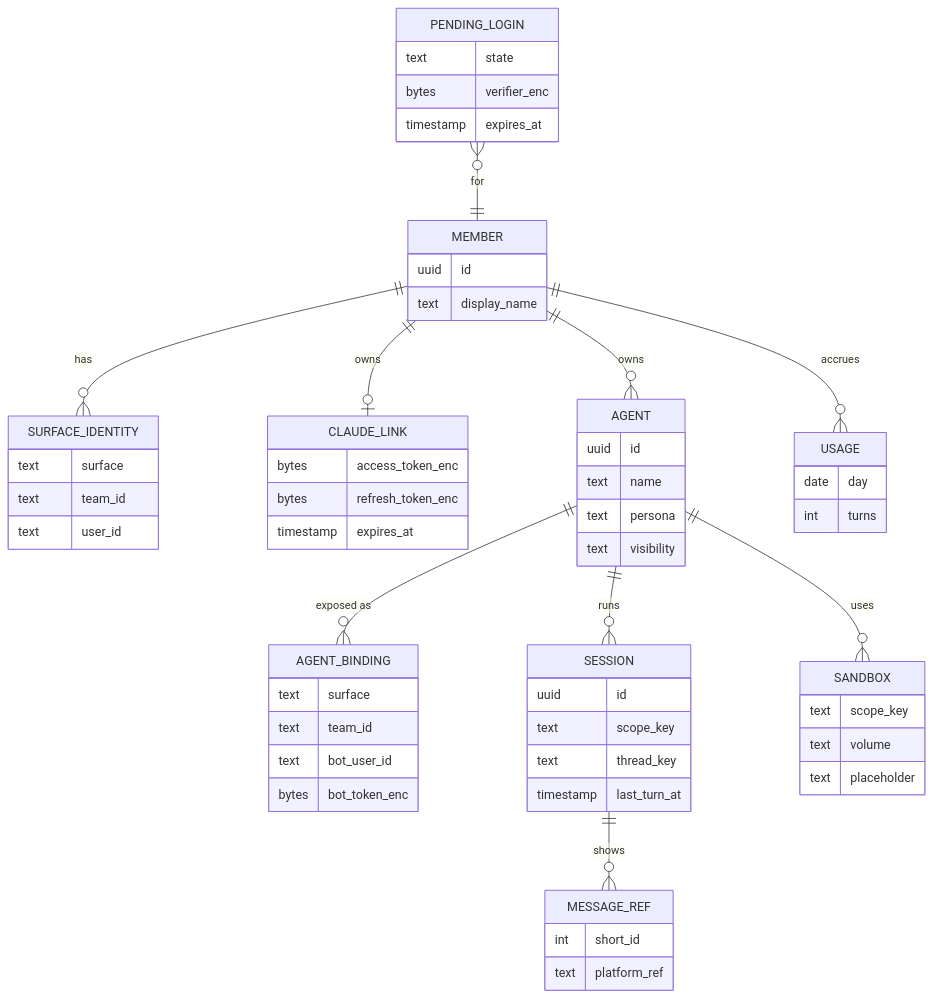
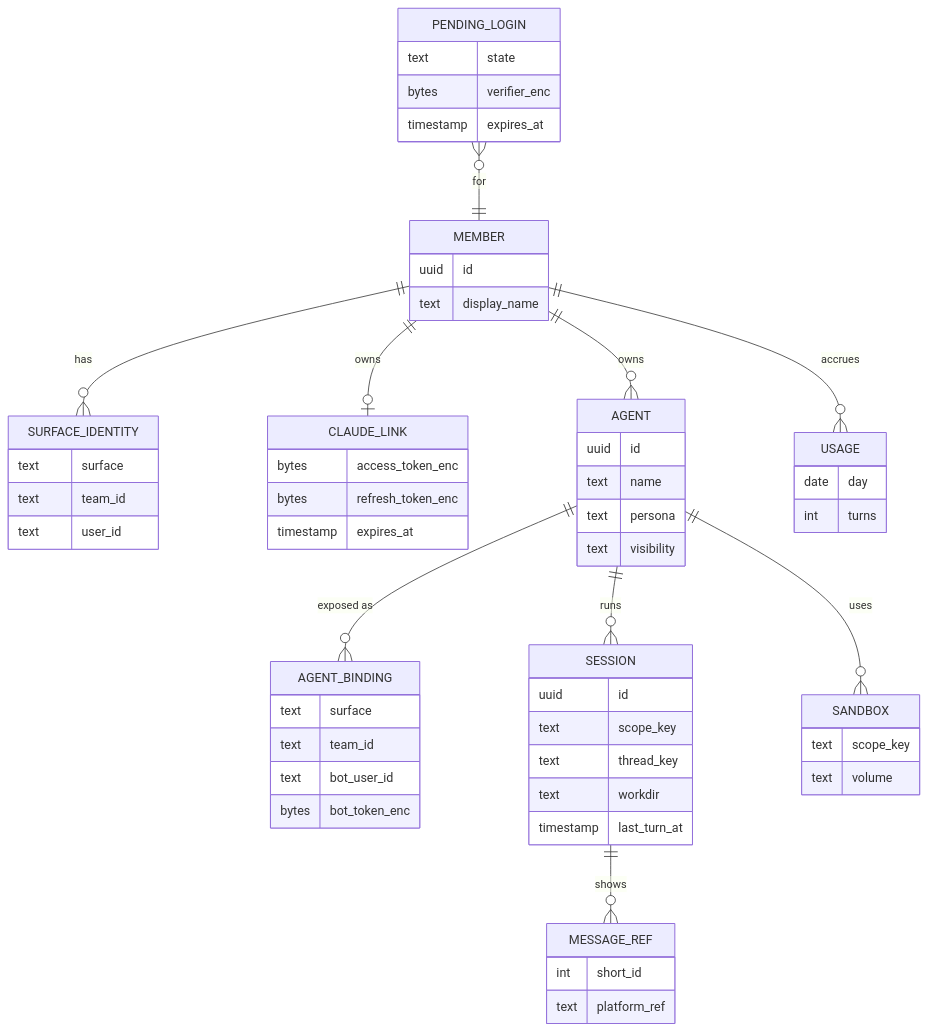
One commit to agentsky/agent-core changed the sixth of 6 diagrams in docs/design.md. Above: the diagram before and after it, drawn with Mermaid. The commit also changed other lines of this file, not shown here.

````diff
--- a/docs/design.md
+++ b/docs/design.md
@@ -414,63 +436,63 @@
 ```mermaid
 erDiagram
     MEMBER ||--o{ SURFACE_IDENTITY : has
     MEMBER ||--o| CLAUDE_LINK : owns
     MEMBER ||--o{ AGENT : owns
     AGENT ||--o{ AGENT_BINDING : "exposed as"
     AGENT ||--o{ SESSION : runs
     SESSION ||--o{ MESSAGE_REF : shows
     AGENT ||--o{ SANDBOX : uses
     MEMBER ||--o{ USAGE : accrues
     PENDING_LOGIN }o--|| MEMBER : for
 
     MEMBER {
         uuid id
         text display_name
     }
     SURFACE_IDENTITY {
         text surface
         text team_id
         text user_id
     }
     CLAUDE_LINK {
         bytes access_token_enc
         bytes refresh_token_enc
         timestamp expires_at
     }
     AGENT {
         uuid id
         text name
         text persona
         text visibility
     }
     AGENT_BINDING {
         text surface
         text team_id
         text bot_user_id
         bytes bot_token_enc
     }
     SESSION {
         uuid id
         text scope_key
         text thread_key
+        text workdir
         timestamp last_turn_at
     }
     MESSAGE_REF {
         int short_id
         text platform_ref
     }
     SANDBOX {
         text scope_key
         text volume
-        text placeholder
     }
     USAGE {
         date day
         int turns
     }
     PENDING_LOGIN {
         text state
         bytes verifier_enc
         timestamp expires_at
     }
 ```
````
